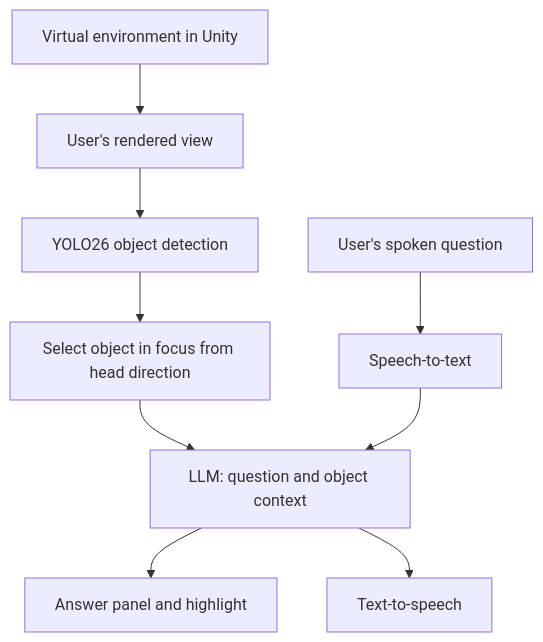
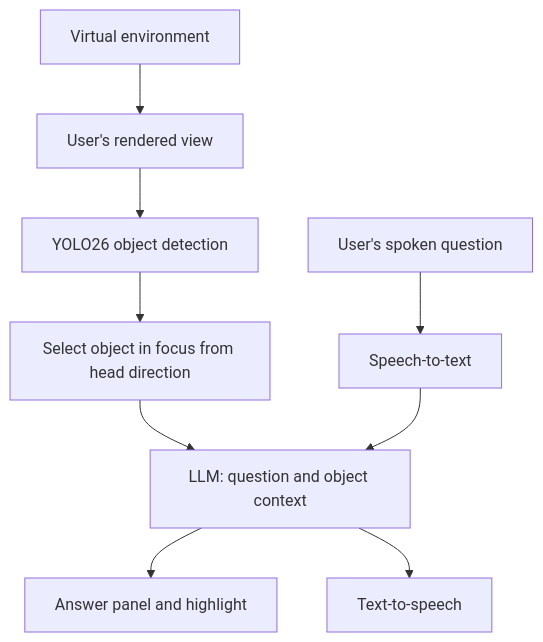
The diagram in README.md (mvy0502/COMP6038), drawn with Mermaid before and after one commit. The commit also changed other lines of this file, not shown here.

````diff
--- a/README.md
+++ b/README.md
@@ -34,11 +32,11 @@
 ```mermaid
 flowchart TD
-    A[Virtual environment in Unity] --> B[User's rendered view]
+    A[Virtual environment] --> B[User's rendered view]
     B --> C[YOLO26 object detection]
     C --> D[Select object in focus from head direction]
     E[User's spoken question] --> F[Speech-to-text]
     D --> G[LLM: question and object context]
     F --> G
     G --> H[Answer panel and highlight]
     G --> I[Text-to-speech]
 ```
````
